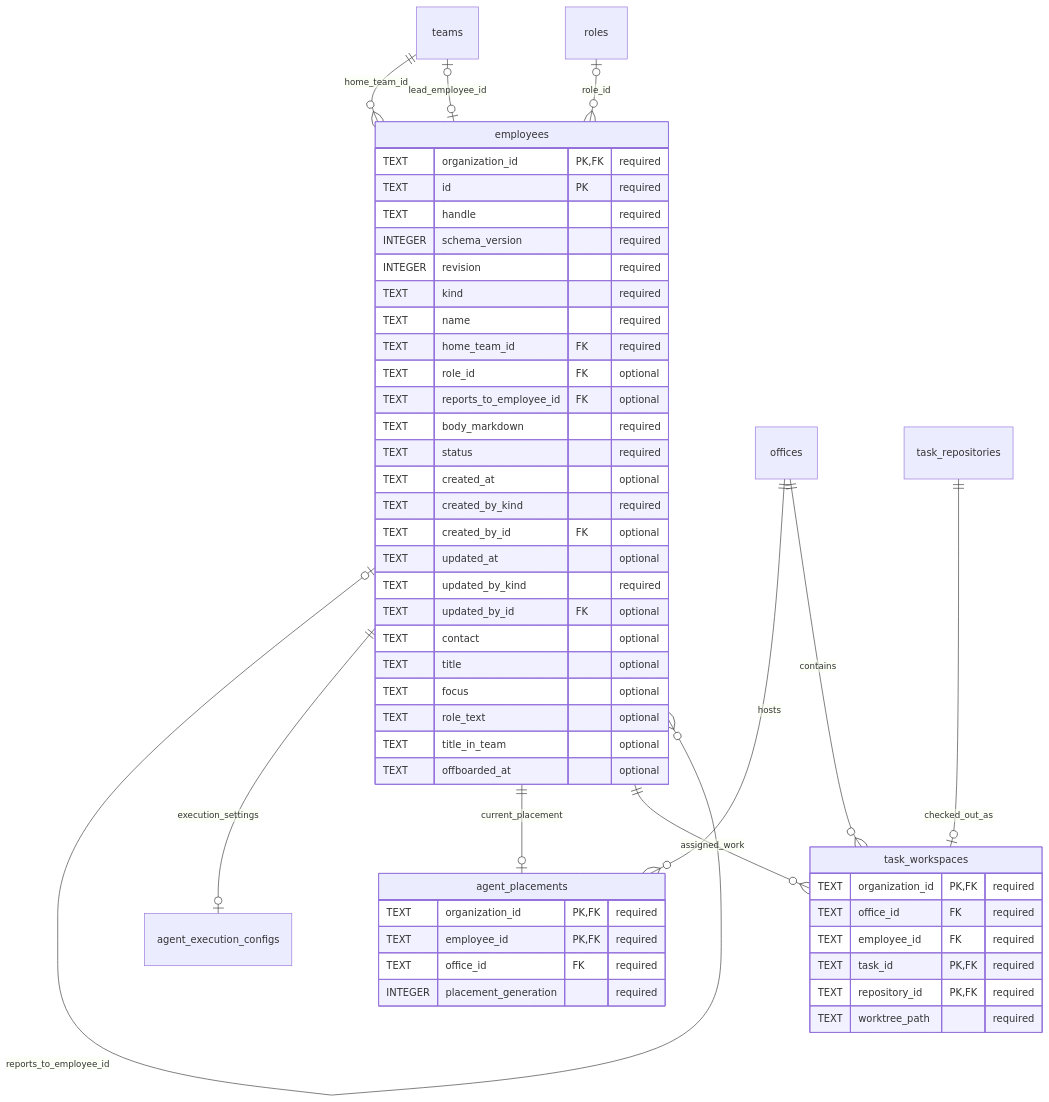
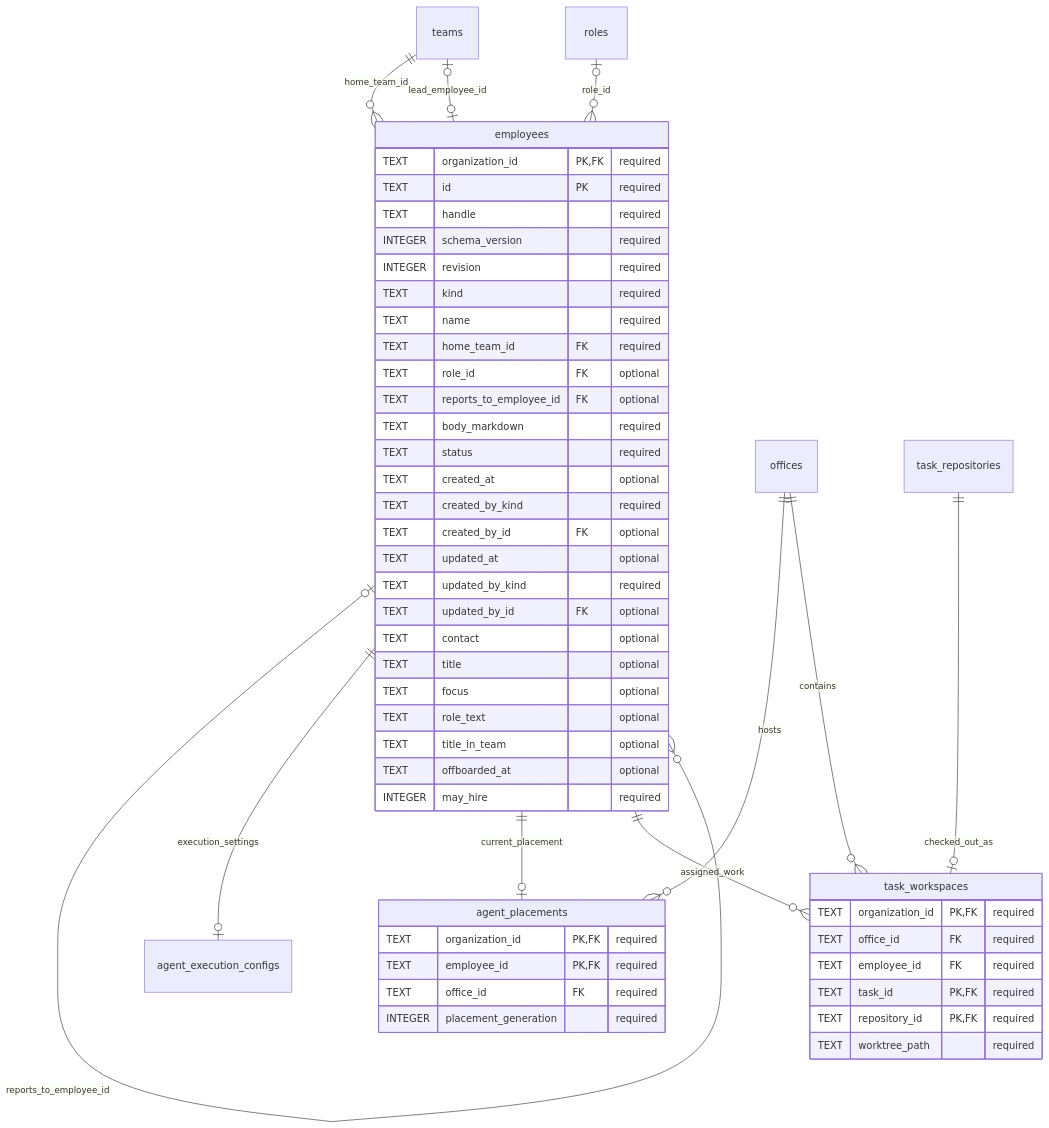
Before and after one commit to vgmello/agentic-org: the diagram in docs/design/organization-data/04-agent-structure.md, drawn with Mermaid. The commit also changed other lines of this file and 24 other files, not shown here.

````diff
--- a/docs/design/organization-data/04-agent-structure.md
+++ b/docs/design/organization-data/04-agent-structure.md
@@ -7,53 +7,54 @@
 ```mermaid
 erDiagram
     teams ||--o{ employees : home_team_id
     teams o|--o| employees : lead_employee_id
     roles o|--o{ employees : role_id
     employees o|--o{ employees : reports_to_employee_id
     employees ||--o| agent_execution_configs : execution_settings
     employees ||--o| agent_placements : current_placement
     offices ||--o{ agent_placements : hosts
     employees ||--o{ task_workspaces : assigned_work
     offices ||--o{ task_workspaces : contains
     task_repositories ||--o| task_workspaces : checked_out_as
     employees {
         TEXT organization_id PK, FK "required"
         TEXT id PK "required"
         TEXT handle "required"
         INTEGER schema_version "required"
         INTEGER revision "required"
         TEXT kind "required"
         TEXT name "required"
         TEXT home_team_id FK "required"
         TEXT role_id FK "optional"
         TEXT reports_to_employee_id FK "optional"
         TEXT body_markdown "required"
         TEXT status "required"
         TEXT created_at "optional"
         TEXT created_by_kind "required"
         TEXT created_by_id FK "optional"
         TEXT updated_at "optional"
         TEXT updated_by_kind "required"
         TEXT updated_by_id FK "optional"
         TEXT contact "optional"
         TEXT title "optional"
         TEXT focus "optional"
         TEXT role_text "optional"
         TEXT title_in_team "optional"
         TEXT offboarded_at "optional"
+        INTEGER may_hire "required"
     }
     agent_placements {
         TEXT organization_id PK, FK "required"
         TEXT employee_id PK, FK "required"
         TEXT office_id FK "required"
         INTEGER placement_generation "required"
     }
     task_workspaces {
         TEXT organization_id PK, FK "required"
         TEXT office_id FK "required"
         TEXT employee_id FK "required"
         TEXT task_id PK, FK "required"
         TEXT repository_id PK, FK "required"
         TEXT worktree_path "required"
     }
 ```
````
